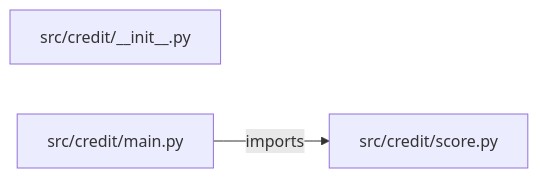
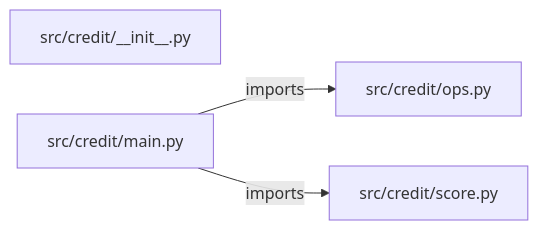
Before and after one commit to iarsingh/credit-risk-scoring-engine: the diagram in PROJECT_ARCHITECTURE.md, drawn with Mermaid. The commit also changed other lines of this file and 2 other files, not shown here.

Commit message:
Refresh architecture and interview guides from current implementation

````diff
--- a/PROJECT_ARCHITECTURE.md
+++ b/PROJECT_ARCHITECTURE.md
@@ -13,7 +13,9 @@
 ```mermaid
 flowchart LR
     M0["src/credit/__init__.py"]
     M1["src/credit/main.py"]
-    M2["src/credit/score.py"]
+    M2["src/credit/ops.py"]
+    M3["src/credit/score.py"]
     M1 -->|imports| M2
+    M1 -->|imports| M3
 ```
````
